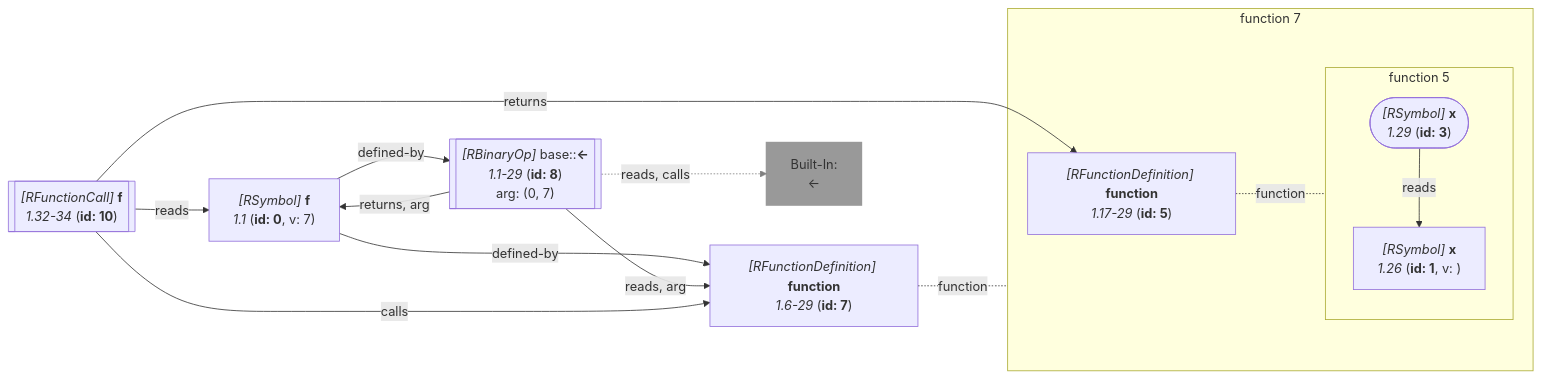
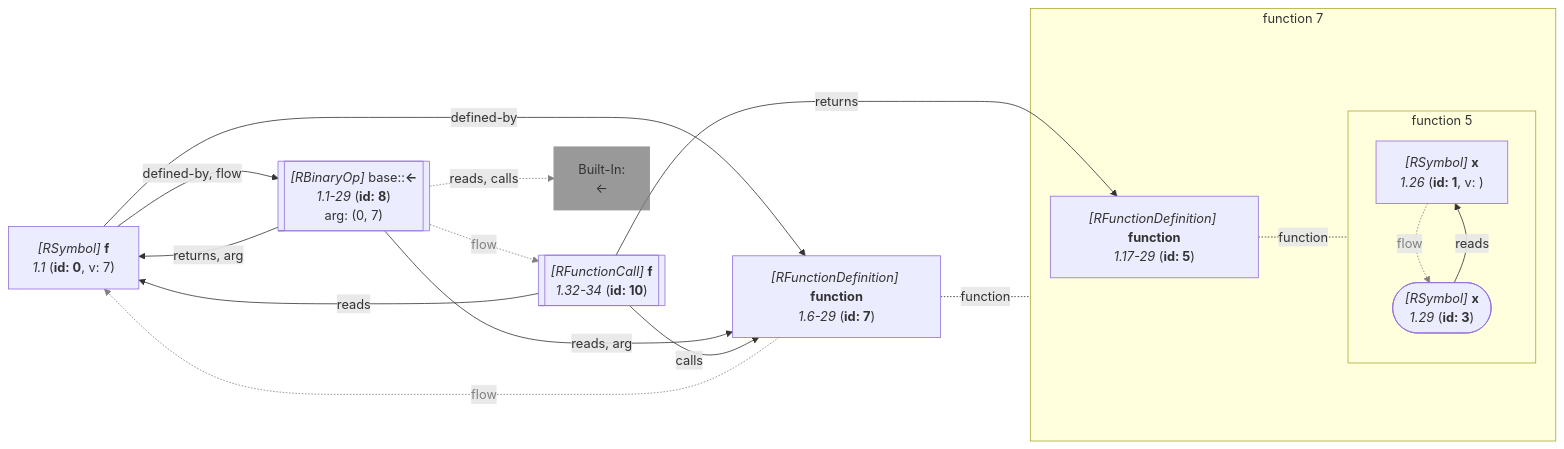
One commit to flowr-analysis/flowr changed the diagram in wiki/[Query] Inspect Higher-Order Functions.md. Above: the diagram before and after it, drawn with Mermaid. The commit also changed other lines of this file and 141 other files, not shown here.

````diff
--- a/wiki/[Query] Inspect Higher-Order Functions.md
+++ b/wiki/[Query] Inspect Higher-Order Functions.md
@@ -82,52 +82,56 @@
 ```mermaid
 flowchart LR
     7["`*#91;RFunctionDefinition#93;* **function**
       *1.6-29* (**id: 7**)`"]
 
 subgraph "flow-7" [function 7]
     %% Environment of 5 [level: 1]:
     %% Built-in
     %% 1----------------------------------------
     %% 2----------------------------------------
     5["`*#91;RFunctionDefinition#93;* **function**
       *1.17-29* (**id: 5**)`"]
 
 subgraph "flow-5" [function 5]
     1["`*#91;RSymbol#93;* **x**
       *1.26* (**id: 1**, v: )`"]
-   %% No edges found for 1
     3(["`*#91;RSymbol#93;* **x**
       *1.29* (**id: 3**)`"])
 end
    %% No edges found for 5
 end
-   %% No edges found for 7
     0["`*#91;RSymbol#93;* **f**
       *1.1* (**id: 0**, v: 7)`"]
     8[["`*#91;RBinaryOp#93;* base#58;#58;**#60;#45;**
       *1.1-29* (**id: 8**)
     arg: (0, 7)`"]]
     built-in:_-["`Built-In:
 #60;#45;`"]
     style built-in:_- stroke:gray,fill:gray,stroke-width:2px,opacity:.8;
     %% Environment of 10 [level: 0]:
     %% Built-in
     %% 1----------------------------------------
     %%   f: {**f** (id: 0, type: Function, def. @8)}
     10[["`*#91;RFunctionCall#93;* **f**
       *1.32-34* (**id: 10**)`"]]
+    1 -.->|"flow"| 3
+    linkStyle 0 stroke:gray,color:gray;
     3 -->|"reads"| 1
 5 -.-|function| flow-5
 
 7 -.-|function| flow-7
 
+    7 -.->|"flow"| 0
+    linkStyle 4 stroke:gray,color:gray;
+    0 -->|"defined-by, flow"| 8
     0 -->|"defined-by"| 7
-    0 -->|"defined-by"| 8
     8 -->|"reads, arg"| 7
     8 -->|"returns, arg"| 0
     8 -.->|"reads, calls"| built-in:_-
-    linkStyle 7 stroke:gray;
+    linkStyle 9 stroke:gray;
+    8 -.->|"flow"| 10
+    linkStyle 10 stroke:gray,color:gray;
     10 -->|"reads"| 0
     10 -->|"returns"| 5
     10 -->|"calls"| 7
 ```
````
